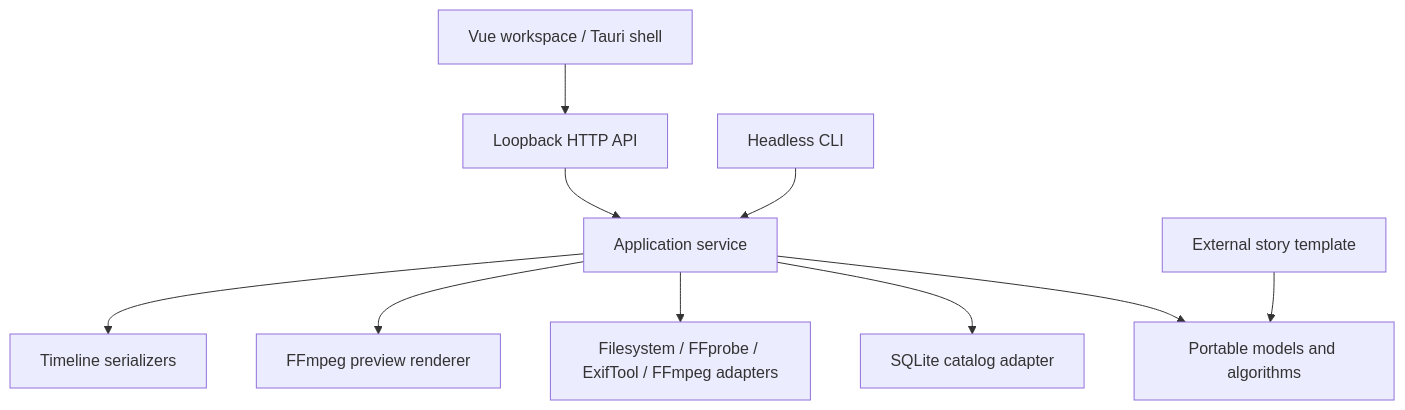
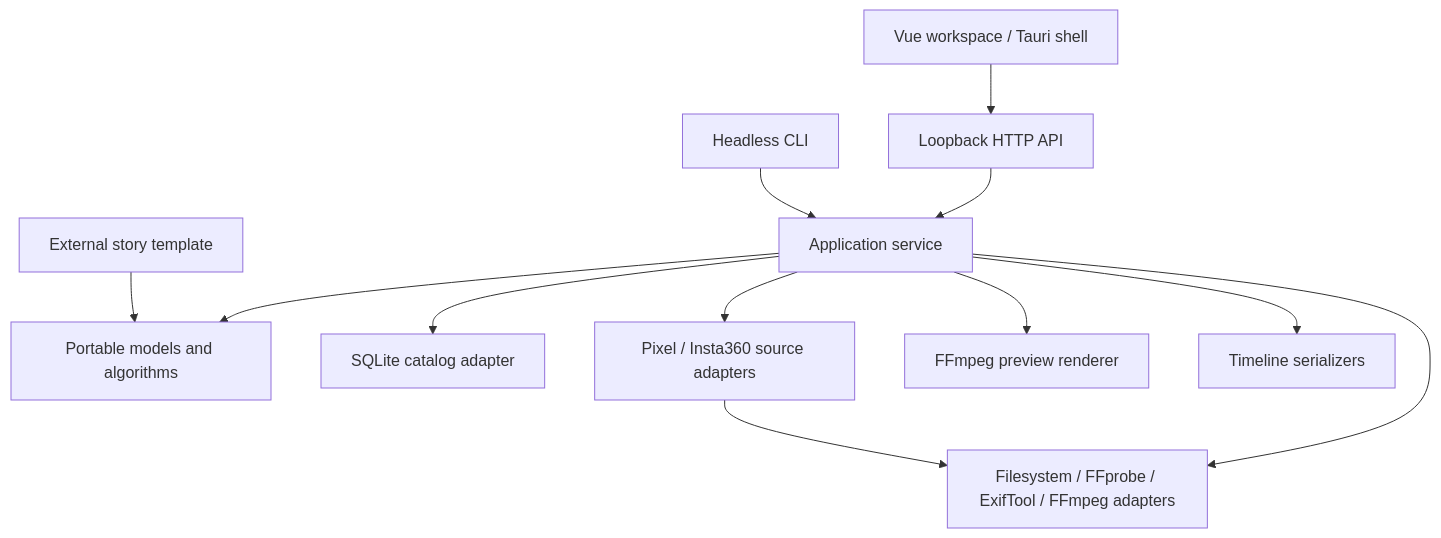
Before and after one commit to bynanci/open-film: the diagram in docs/architecture.md, drawn with Mermaid. The commit also changed other lines of this file and 31 other files, not shown here.

````diff
--- a/docs/architecture.md
+++ b/docs/architecture.md
@@ -8,12 +8,14 @@
 ```mermaid
 flowchart TD
   Desktop[Vue workspace / Tauri shell] --> API[Loopback HTTP API]
   API --> Application[Application service]
   CLI[Headless CLI] --> Application
   Application --> Domain[Portable models and algorithms]
   Application --> Catalog[SQLite catalog adapter]
   Application --> Media[Filesystem / FFprobe / ExifTool / FFmpeg adapters]
+  Application --> Devices[Pixel / Insta360 source adapters]
+  Devices --> Media
   Application --> Renderer[FFmpeg preview renderer]
   Application --> Exporters[Timeline serializers]
   Template[External story template] --> Domain
 ```
````
